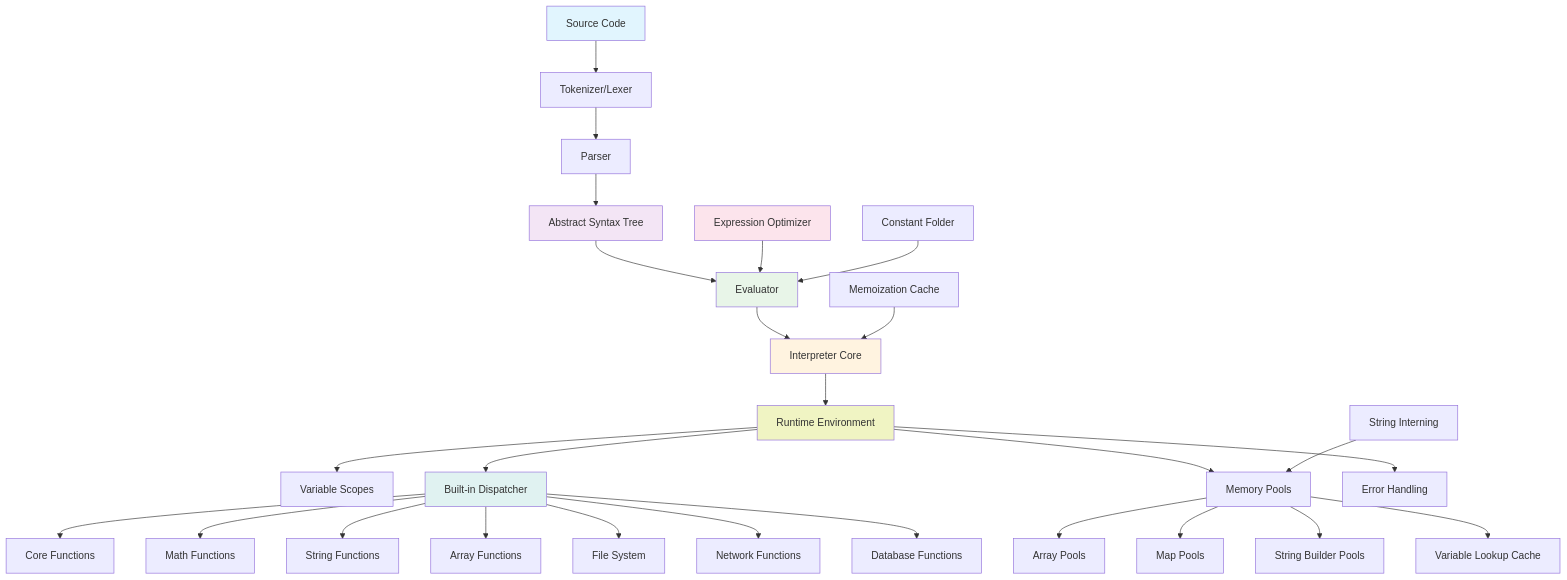
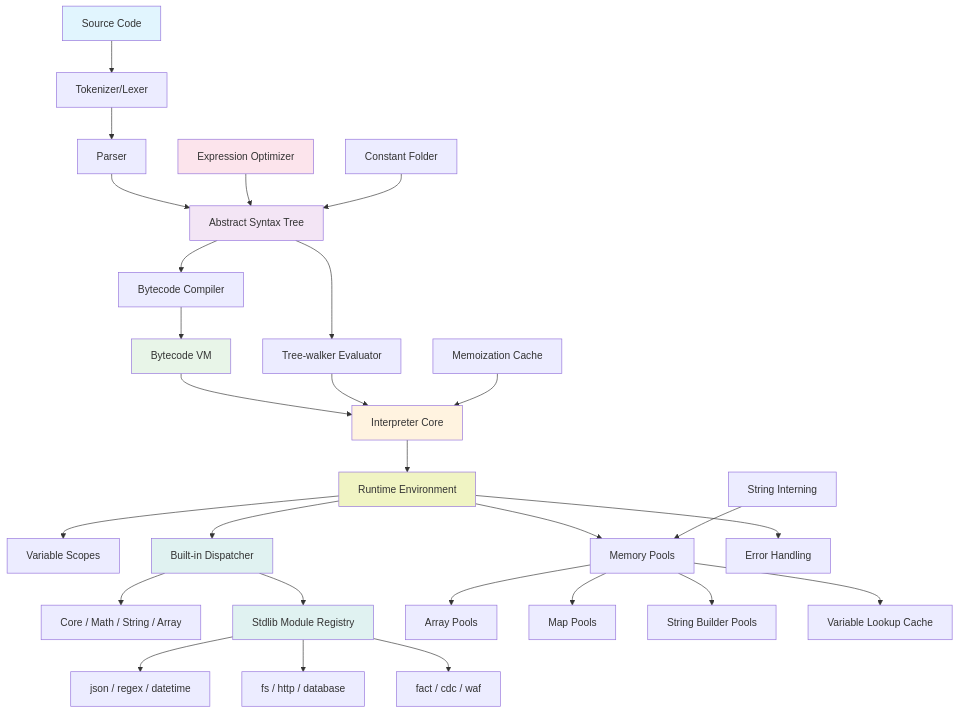
One commit to bonkzero404/uddin-lang changed the second of 5 diagrams in README.md. Above: the diagram before and after it, drawn with Mermaid. The commit also changed other lines of this file, not shown here.

First line of the commit message:
docs(readme): update README for v2.0 — stdlib namespaces, bytecode VM, new examples

````diff
--- a/README.md
+++ b/README.md
@@ -750,44 +775,46 @@
 ```mermaid
 graph TB
     A[Source Code] --> B[Tokenizer/Lexer]
     B --> C[Parser]
     C --> D[Abstract Syntax Tree]
-    D --> E[Evaluator]
+    D --> VM[Bytecode Compiler]
+    VM --> E[Bytecode VM]
+    D --> TW[Tree-walker Evaluator]
     E --> F[Interpreter Core]
+    TW --> F
     F --> G[Runtime Environment]
 
     %% Core Components
     G --> H[Variable Scopes]
     G --> I[Built-in Dispatcher]
     G --> J[Memory Pools]
     G --> K[Error Handling]
 
     %% Optimization Layer
-    L[Expression Optimizer] --> E
-    M[Constant Folder] --> E
+    L[Expression Optimizer] --> D
+    M[Constant Folder] --> D
     N[Memoization Cache] --> F
     O[String Interning] --> J
 
     %% Built-in Function Categories
-    I --> P[Core Functions]
-    I --> Q[Math Functions]
-    I --> R[String Functions]
-    I --> S[Array Functions]
-    I --> T[File System]
-    I --> U[Network Functions]
-    I --> V[Database Functions]
+    I --> P[Core / Math / String / Array]
+    I --> MOD[Stdlib Module Registry]
+    MOD --> M1[json / regex / datetime]
+    MOD --> M2[fs / http / database]
+    MOD --> M3[fact / cdc / waf]
 
     %% Memory Management
     J --> W[Array Pools]
     J --> X[Map Pools]
     J --> Y[String Builder Pools]
     J --> Z[Variable Lookup Cache]
 
     style A fill:#e1f5fe
     style D fill:#f3e5f5
     style E fill:#e8f5e8
     style F fill:#fff3e0
     style G fill:#f0f4c3
     style L fill:#fce4ec
     style I fill:#e0f2f1
+    style MOD fill:#e0f2f1
 ```
````
